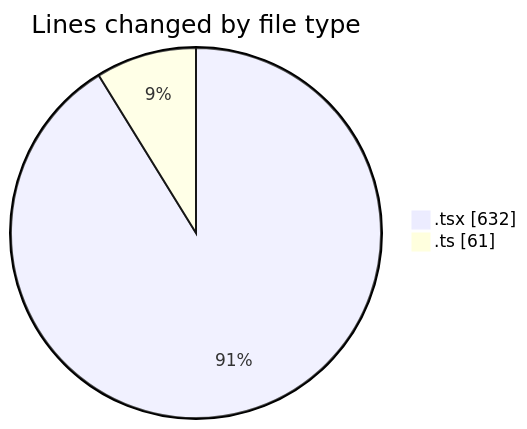
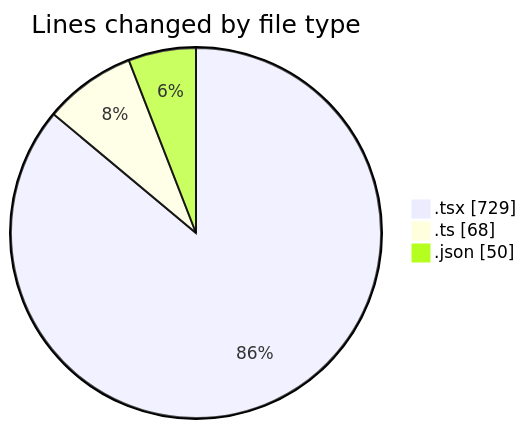
One commit to IJAZ3593/code-tracking changed the first of 2 diagrams in 2026-01-18/e_mail/README.md. Above: the diagram before and after it, drawn with Mermaid. The commit also changed other lines of this file and 1 other file, not shown here.

````diff
--- a/2026-01-18/e_mail/README.md
+++ b/2026-01-18/e_mail/README.md
@@ -23,6 +26,7 @@
 ```mermaid
 pie showData
 title Lines changed by file type
-".tsx" : 632
-".ts" : 61
+".tsx" : 729
+".ts" : 68
+".json" : 50
 ```
````
